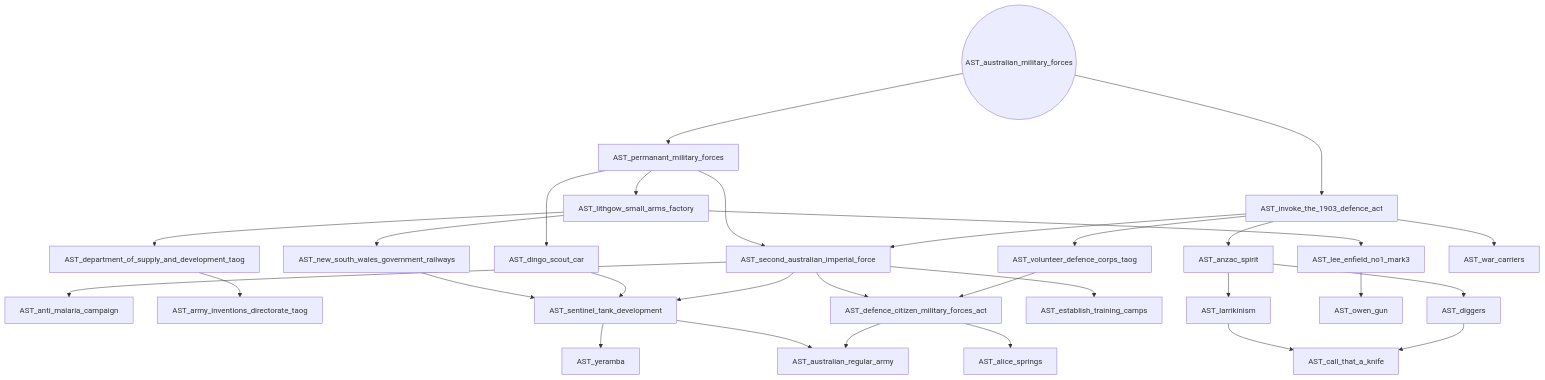
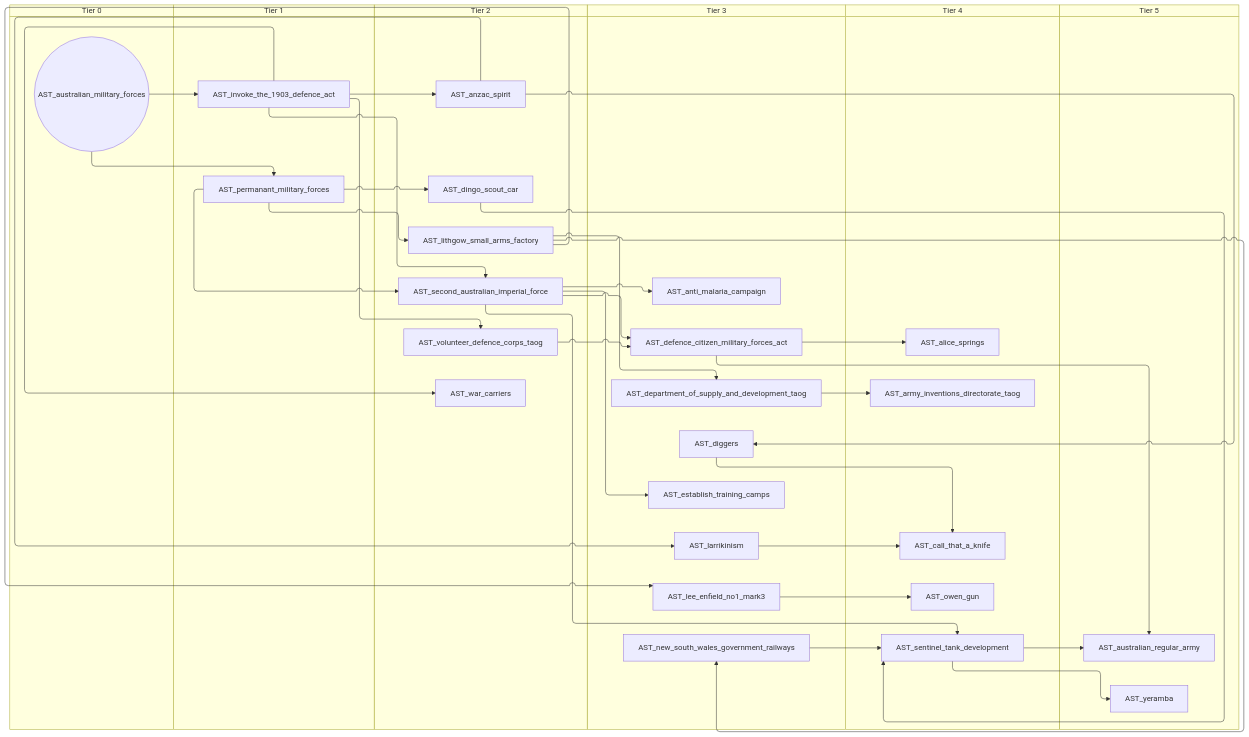
The third of 15 diagrams in docs/gdd/National Focuses/australia_taog.md (evgeny-sobol/hoi4-sandbox-mode), drawn with Mermaid before and after one commit. The commit also changed other lines of this file and 80 other files, not shown here.

First line of the commit message:
Add swimlane mode to focus graph exporter

````diff
--- a/docs/gdd/National Focuses/australia_taog.md
+++ b/docs/gdd/National Focuses/australia_taog.md
@@ -325,56 +365,68 @@
 ```mermaid
-flowchart TD
-    n128["AST_alice_springs"]
-    n129["AST_anti_malaria_campaign"]
-    n130["AST_anzac_spirit"]
-    n131["AST_army_inventions_directorate_taog"]
-    n132(("AST_australian_military_forces"))
-    n133["AST_australian_regular_army"]
-    n134["AST_call_that_a_knife"]
-    n135["AST_defence_citizen_military_forces_act"]
-    n136["AST_department_of_supply_and_development_taog"]
-    n137["AST_diggers"]
-    n138["AST_dingo_scout_car"]
-    n139["AST_establish_training_camps"]
-    n140["AST_invoke_the_1903_defence_act"]
-    n141["AST_larrikinism"]
-    n142["AST_lee_enfield_no1_mark3"]
-    n143["AST_lithgow_small_arms_factory"]
-    n144["AST_new_south_wales_government_railways"]
-    n145["AST_owen_gun"]
-    n146["AST_permanant_military_forces"]
-    n147["AST_second_australian_imperial_force"]
-    n148["AST_sentinel_tank_development"]
-    n149["AST_volunteer_defence_corps_taog"]
-    n150["AST_war_carriers"]
-    n151["AST_yeramba"]
-    n135 --> n128
-    n147 --> n129
-    n140 --> n130
-    n136 --> n131
-    n148 --> n133
-    n135 --> n133
-    n141 --> n134
-    n137 --> n134
-    n147 --> n135
-    n149 --> n135
-    n143 --> n136
-    n130 --> n137
-    n146 --> n138
-    n147 --> n139
-    n132 --> n140
-    n130 --> n141
-    n143 --> n142
-    n146 --> n143
-    n143 --> n144
-    n142 --> n145
-    n132 --> n146
-    n146 --> n147
+swimlane-beta TD
+    subgraph tier_0["Tier 0"]
+        n128(("AST_australian_military_forces"))
+    end
+    subgraph tier_1["Tier 1"]
+        n129["AST_invoke_the_1903_defence_act"]
+        n130["AST_permanant_military_forces"]
+    end
+    subgraph tier_2["Tier 2"]
+        n131["AST_anzac_spirit"]
+        n132["AST_dingo_scout_car"]
+        n133["AST_lithgow_small_arms_factory"]
+        n134["AST_second_australian_imperial_force"]
+        n135["AST_volunteer_defence_corps_taog"]
+        n136["AST_war_carriers"]
+    end
+    subgraph tier_3["Tier 3"]
+        n137["AST_anti_malaria_campaign"]
+        n138["AST_defence_citizen_military_forces_act"]
+        n139["AST_department_of_supply_and_development_taog"]
+        n140["AST_diggers"]
+        n141["AST_establish_training_camps"]
+        n142["AST_larrikinism"]
+        n143["AST_lee_enfield_no1_mark3"]
+        n144["AST_new_south_wales_government_railways"]
+    end
+    subgraph tier_4["Tier 4"]
+        n145["AST_alice_springs"]
+        n146["AST_army_inventions_directorate_taog"]
+        n147["AST_call_that_a_knife"]
+        n148["AST_owen_gun"]
+        n149["AST_sentinel_tank_development"]
+    end
+    subgraph tier_5["Tier 5"]
+        n150["AST_australian_regular_army"]
+        n151["AST_yeramba"]
+    end
+    n138 --> n145
+    n134 --> n137
+    n129 --> n131
+    n139 --> n146
+    n149 --> n150
+    n138 --> n150
+    n142 --> n147
     n140 --> n147
-    n144 --> n148
-    n138 --> n148
-    n147 --> n148
-    n140 --> n149
-    n140 --> n150
-    n148 --> n151
+    n134 --> n138
+    n135 --> n138
+    n133 --> n139
+    n131 --> n140
+    n130 --> n132
+    n134 --> n141
+    n128 --> n129
+    n131 --> n142
+    n133 --> n143
+    n130 --> n133
+    n133 --> n144
+    n143 --> n148
+    n128 --> n130
+    n130 --> n134
+    n129 --> n134
+    n144 --> n149
+    n132 --> n149
+    n134 --> n149
+    n129 --> n135
+    n129 --> n136
+    n149 --> n151
 ```
````
